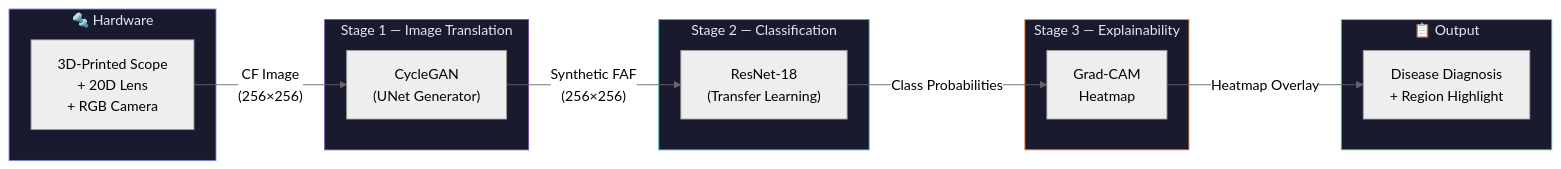
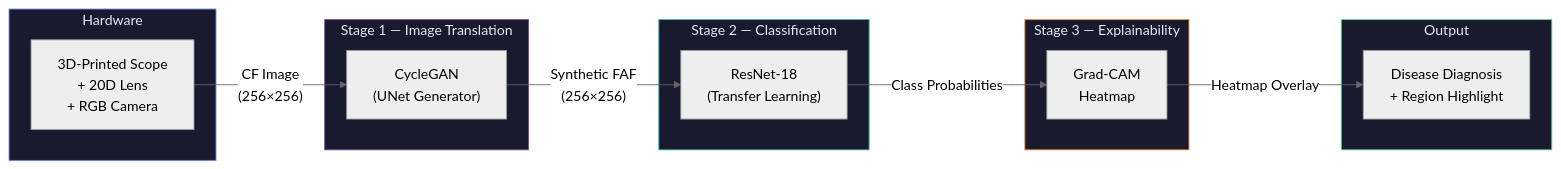
Before and after one commit to AshutoshBhate/RetinalAI: the first of 2 diagrams in README.md, drawn with Mermaid (neutral theme). The commit also changed other lines of this file, not shown here.

````diff
--- a/README.md
+++ b/README.md
@@ -41,33 +41,33 @@
 ```mermaid
 flowchart LR
-    subgraph HW["🔩 Hardware"]
+    subgraph HW["Hardware"]
         A["3D-Printed Scope\n+ 20D Lens\n+ RGB Camera"]
     end
 
     subgraph S1["Stage 1 — Image Translation"]
         B["CycleGAN\n(UNet Generator)"]
     end
 
     subgraph S2["Stage 2 — Classification"]
         C["ResNet-18\n(Transfer Learning)"]
     end
 
     subgraph S3["Stage 3 — Explainability"]
         D["Grad-CAM\nHeatmap"]
     end
 
-    subgraph OUT["📋 Output"]
+    subgraph OUT["Output"]
         E["Disease Diagnosis\n+ Region Highlight"]
     end
 
     A -- "CF Image\n(256×256)" --> B
     B -- "Synthetic FAF\n(256×256)" --> C
     C -- "Class Probabilities" --> D
     D -- "Heatmap Overlay" --> E
 
     style HW fill:#1a1a2e,stroke:#667eea,color:#e2e8f0
     style S1 fill:#1a1a2e,stroke:#764ba2,color:#e2e8f0
     style S2 fill:#1a1a2e,stroke:#38b2ac,color:#e2e8f0
     style S3 fill:#1a1a2e,stroke:#ed8936,color:#e2e8f0
     style OUT fill:#1a1a2e,stroke:#68d391,color:#e2e8f0
 ```
````
